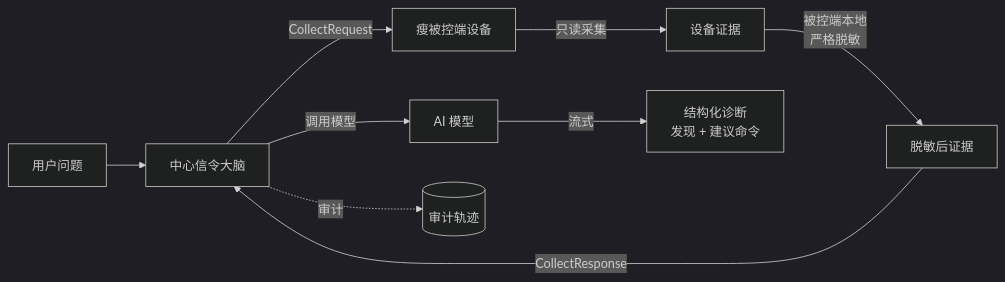
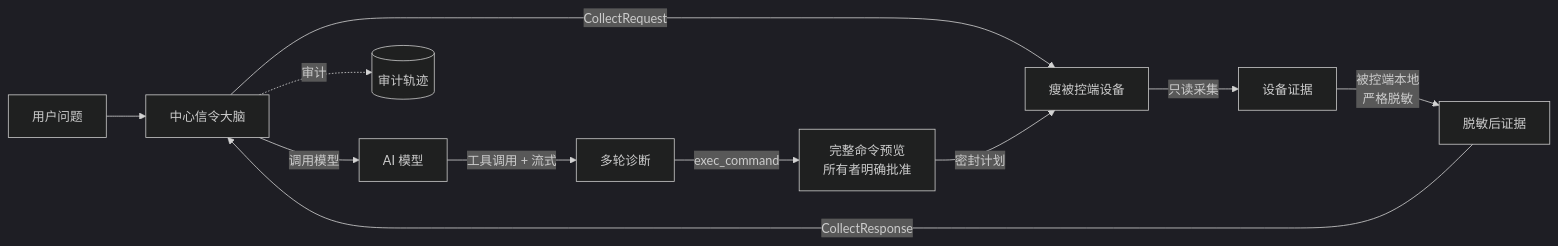
Before and after one commit to lcxl-remote/lcxl-remote-desk-web: the diagram in docs/zh/features/ai-diagnostics.md, drawn with Mermaid (dark theme). The commit also changed other lines of this file and 87 other files, not shown here.

````diff
--- a/docs/zh/features/ai-diagnostics.md
+++ b/docs/zh/features/ai-diagnostics.md
@@ -13,11 +13,13 @@
 ```mermaid
 graph LR
     user[用户问题] --> central[中心信令大脑]
     central -->|CollectRequest| edge[瘦被控端设备]
     edge -->|只读采集| evidence[设备证据]
     evidence -->|被控端本地<br/>严格脱敏| redacted[脱敏后证据]
     redacted -->|CollectResponse| central
     central -->|调用模型| model[AI 模型]
-    model -->|流式| diag[结构化诊断<br/>发现 + 建议命令]
+    model -->|工具调用 + 流式| diag[多轮诊断]
+    diag -->|exec_command| approve[完整命令预览<br/>所有者明确批准]
+    approve -->|密封计划| edge
     central -.审计.-> audit[(审计轨迹)]
 ```
````
